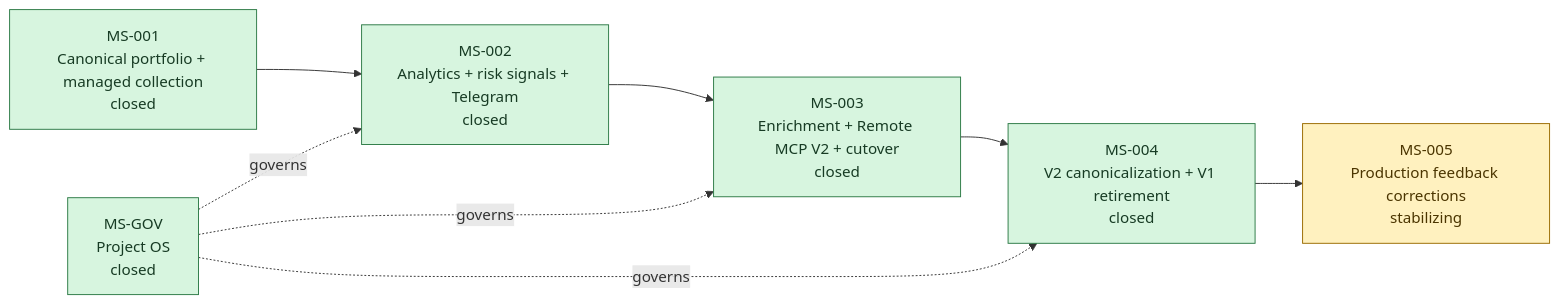
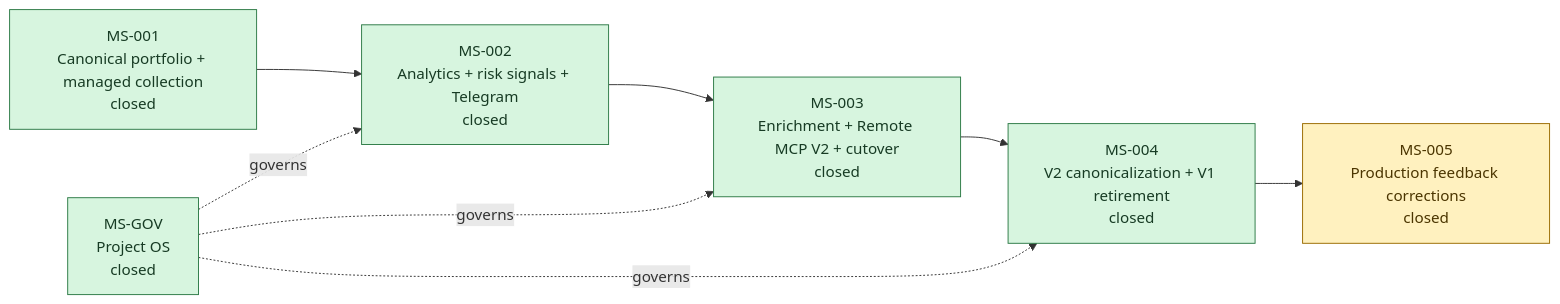
One commit to meringue5/KIS_Portfolio_MCP changed the first of 3 diagrams in docs/milestones/README.md. Above: the diagram before and after it, drawn with Mermaid. The commit also changed 4 other files, not shown here.

````diff
--- a/docs/milestones/README.md
+++ b/docs/milestones/README.md
@@ -22,21 +22,21 @@
 ```mermaid
 flowchart LR
     MSGOV["MS-GOV<br/>Project OS<br/>closed"]
     MS1["MS-001<br/>Canonical portfolio + managed collection<br/>closed"]
     MS2["MS-002<br/>Analytics + risk signals + Telegram<br/>closed"]
     MS3["MS-003<br/>Enrichment + Remote MCP V2 + cutover<br/>closed"]
     MS4["MS-004<br/>V2 canonicalization + V1 retirement<br/>closed"]
-    MS5["MS-005<br/>Production feedback corrections<br/>stabilizing"]
+    MS5["MS-005<br/>Production feedback corrections<br/>closed"]
 
     MS1 --> MS2 --> MS3 --> MS4 --> MS5
     MSGOV -. governs .-> MS2
     MSGOV -. governs .-> MS3
     MSGOV -. governs .-> MS4
 
     classDef closed fill:#d7f5df,stroke:#2d7a46,color:#173b24;
     classDef verified fill:#e5f4ff,stroke:#0870a8,color:#123b72;
     classDef active fill:#fff1bf,stroke:#9a6b00,color:#4b3500;
     classDef proposed fill:#eef1f5,stroke:#667085,color:#344054;
     class MS1,MS2,MS3,MS4,MSGOV closed;
     class MS5 active;
 ```
````
